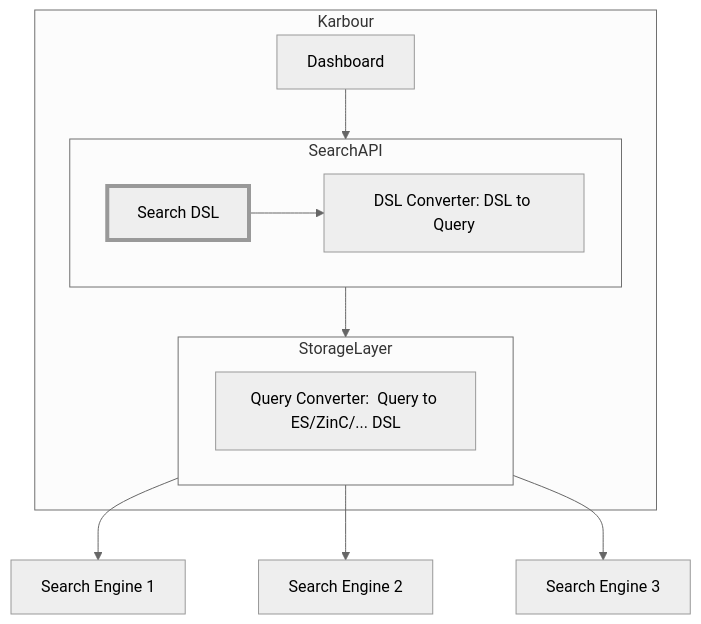
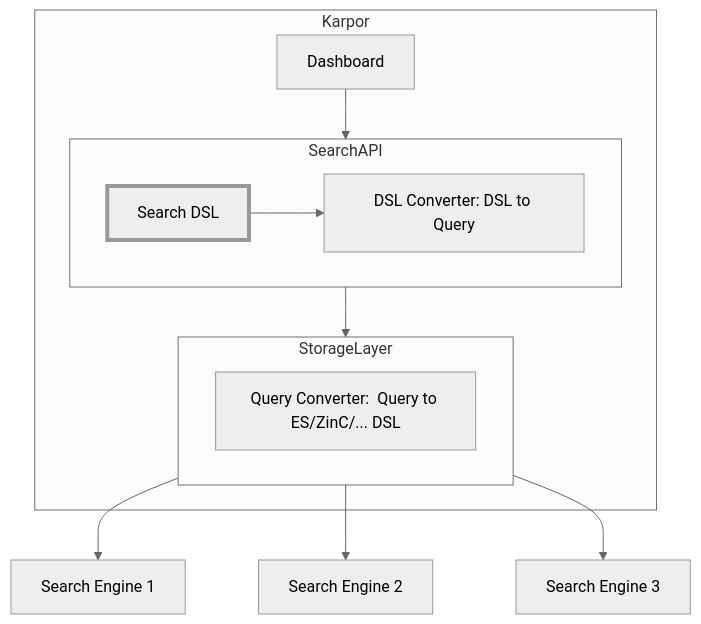
One commit to KusionStack/karpor changed the diagram in docs/design_docs/search_language.md. Above: the diagram before and after it, drawn with Mermaid (neutral theme). The commit also changed other lines of this file and 266 other files, not shown here.

````diff
--- a/docs/design_docs/search_language.md
+++ b/docs/design_docs/search_language.md
@@ -32,17 +32,17 @@
 ```mermaid
 flowchart TB
-  subgraph Karbour
+  subgraph Karpor
     subgraph SearchAPI
       DSL[Search DSL] --> Convert[DSL Converter: DSL to Query]
     end 
     subgraph StorageLayer
       Query[Query Converter:  Query to ES/ZinC/... DSL]
     end
     Dashboard --> SearchAPI[Search API]
     SearchAPI[Search API] --> StorageLayer[Storage layer]
   end
   StorageLayer[Storage layer] --> C[Search Engine 1]
   StorageLayer[Storage layer] --> D[Search Engine 2]
   StorageLayer[Storage layer] --> E[Search Engine 3]
   style DSL stroke-width:4px
 ```
````
